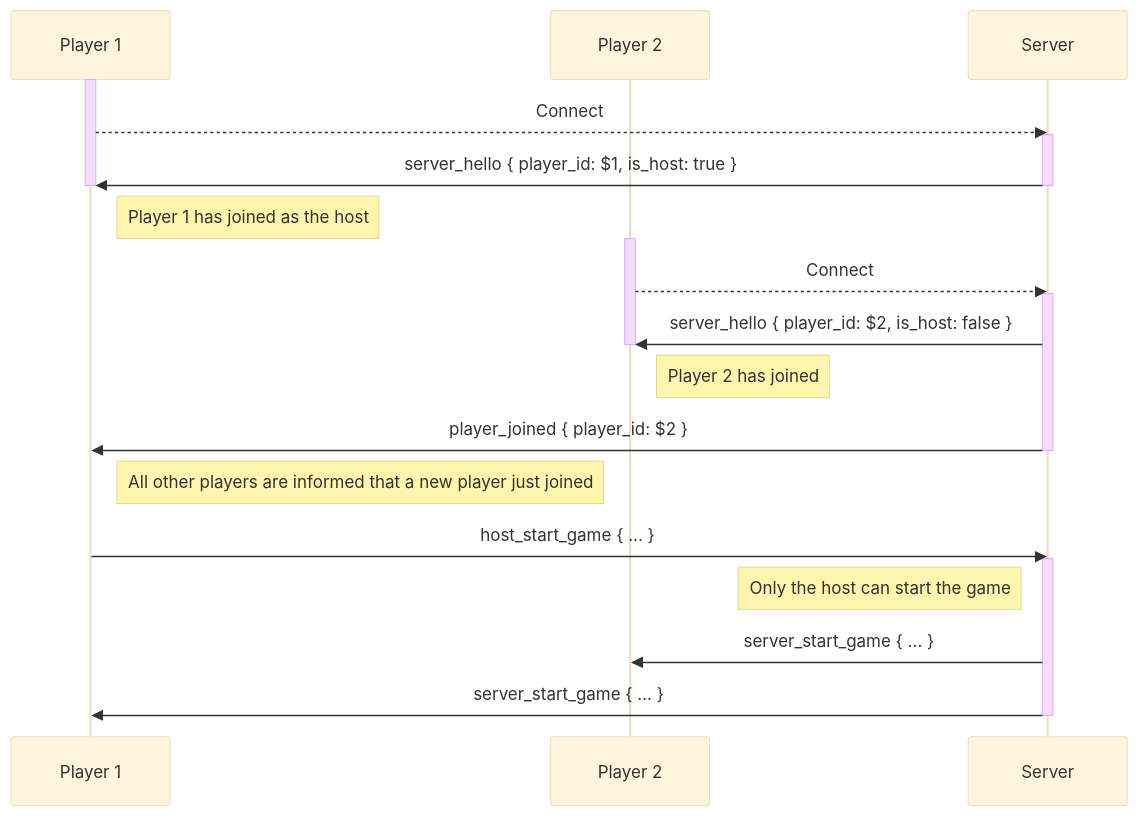
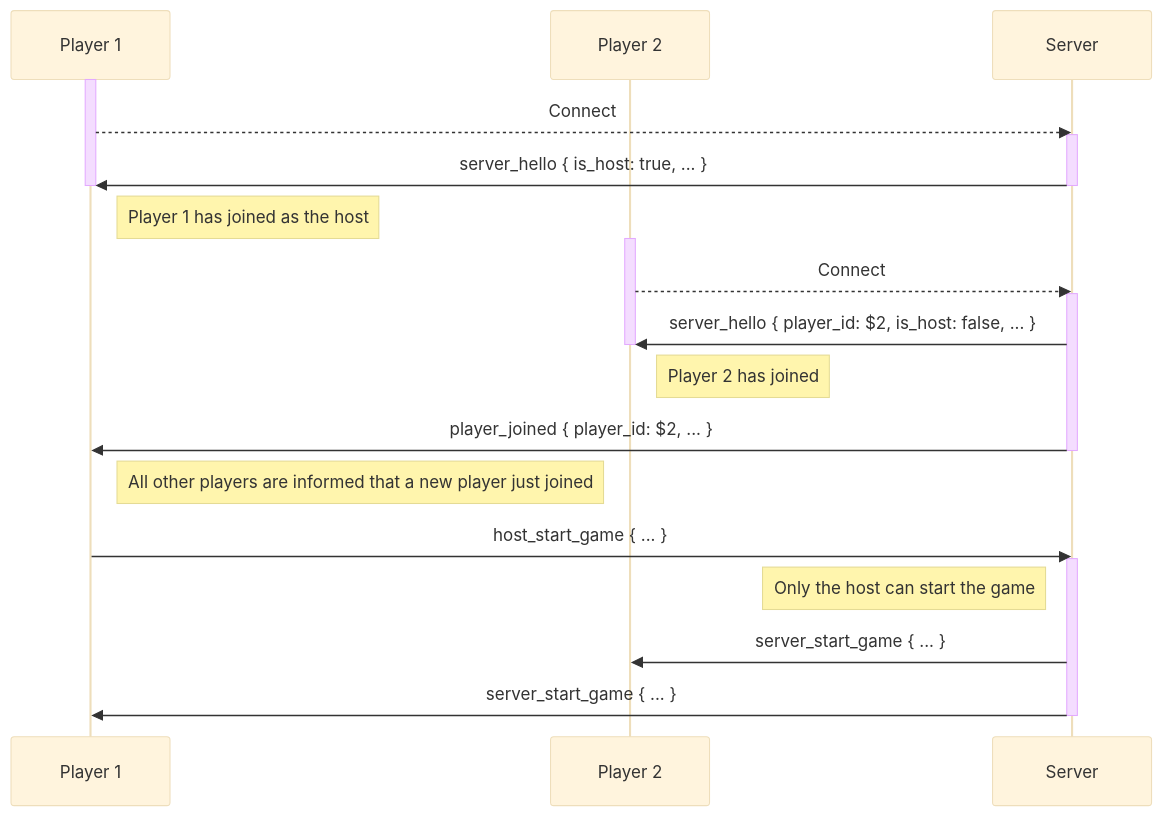
The first of 2 diagrams in docs/protocol.md (dsg-jam/ld51-server), drawn with Mermaid (base theme) before and after one commit. The commit also changed 1 other file, not shown here.

Commit message:
push container image to gcp as well

````diff
--- a/docs/protocol.md
+++ b/docs/protocol.md
@@ -7,31 +7,31 @@
 ```mermaid
 sequenceDiagram
     participant p1 as Player 1
     participant p2 as Player 2
     participant server as Server
     
     activate p1
     p1-->>server: Connect
     activate server
-    server->>p1: server_hello { player_id: $1, is_host: true }
+    server->>p1: server_hello { is_host: true, ... }
     deactivate p1
     deactivate server
     note right of p1: Player 1 has joined as the host
 
     activate p2
     p2-->>server: Connect
     activate server
-    server->>p2: server_hello { player_id: $2, is_host: false }
+    server->>p2: server_hello { player_id: $2, is_host: false, ... }
     deactivate p2
     note right of p2: Player 2 has joined
-    server->>p1: player_joined { player_id: $2 }
+    server->>p1: player_joined { player_id: $2, ... }
     deactivate server
     note right of p1: All other players are informed that a new player just joined
 
     p1->>server: host_start_game { ... }
     activate server
     note left of server: Only the host can start the game
     server->>p2: server_start_game { ... }
     server->>p1: server_start_game { ... }
     deactivate server
 ```
````
